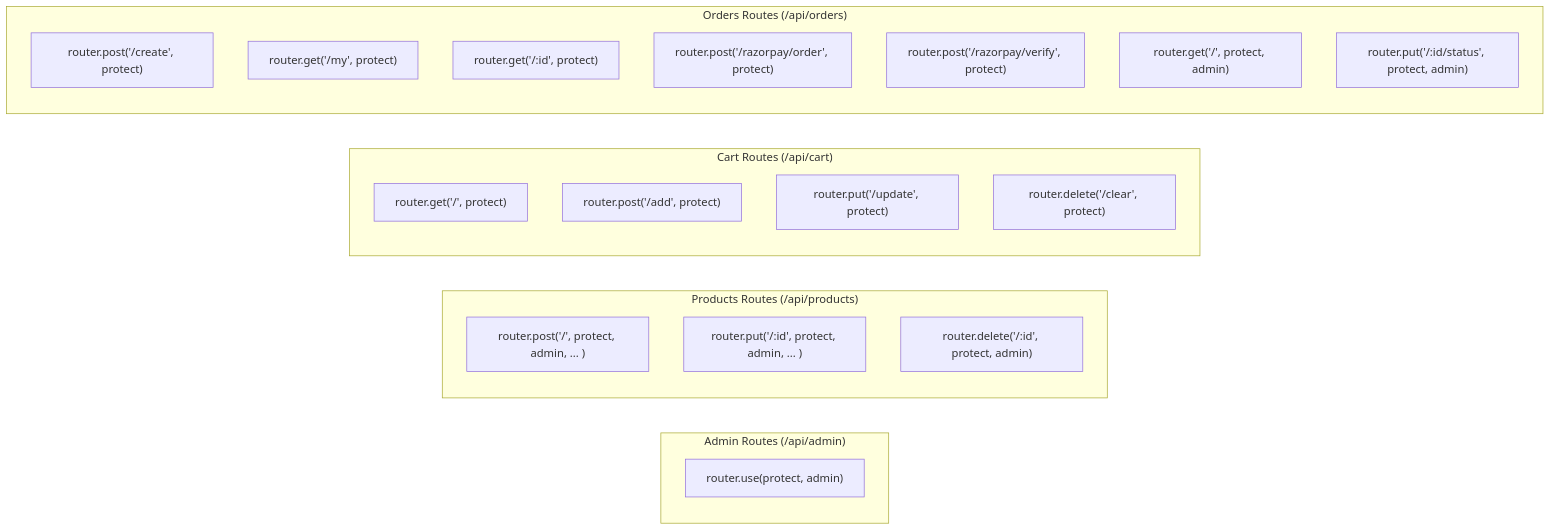
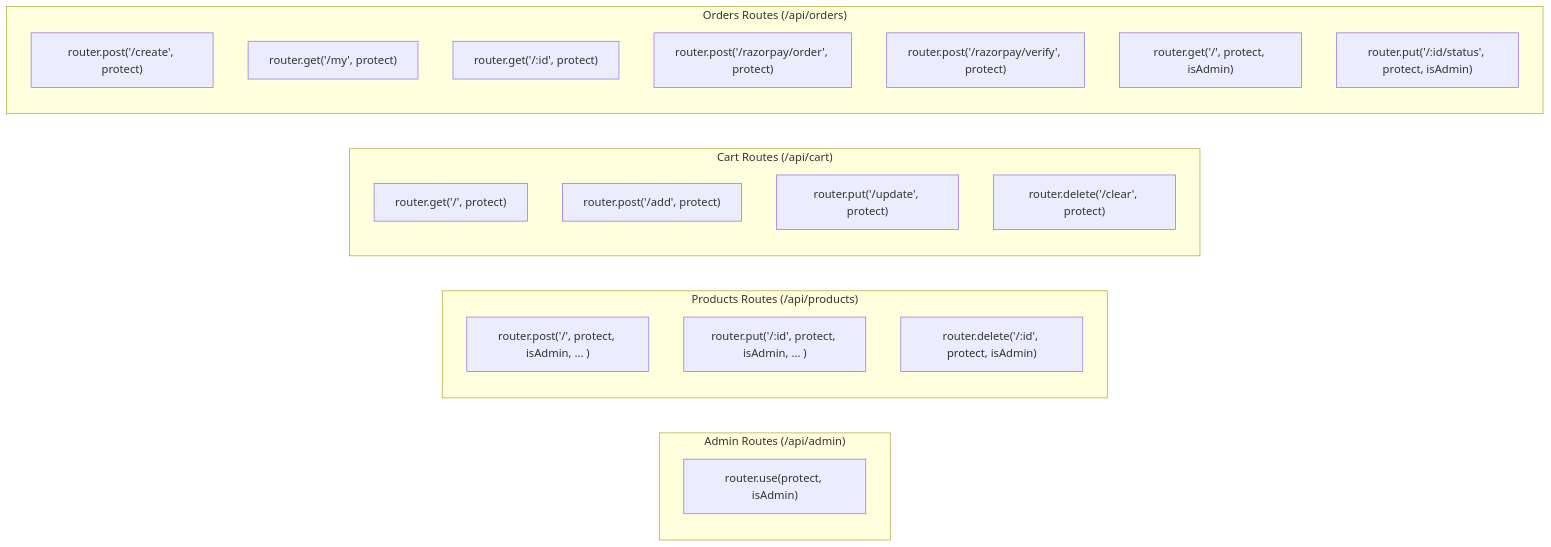
One commit to Pavan-PSPK9032/TrendsandToss changed the fifth of 6 diagrams in .qoder/repowiki/en/content/Authentication & Authorization/Authentication Middleware.md. Above: the diagram before and after it, drawn with Mermaid. The commit also changed other lines of this file and 9 other files, not shown here.

````diff
--- a/.qoder/repowiki/en/content/Authentication & Authorization/Authentication Middleware.md
+++ b/.qoder/repowiki/en/content/Authentication & Authorization/Authentication Middleware.md
@@ -204,26 +229,26 @@
 ```mermaid
 graph LR
 subgraph "Admin Routes (/api/admin)"
-A1["router.use(protect, admin)"]
+A1["router.use(protect, isAdmin)"]
 end
 subgraph "Products Routes (/api/products)"
-P1["router.post('/', protect, admin, ... )"]
-P2["router.put('/:id', protect, admin, ... )"]
-P3["router.delete('/:id', protect, admin)"]
+P1["router.post('/', protect, isAdmin, ... )"]
+P2["router.put('/:id', protect, isAdmin, ... )"]
+P3["router.delete('/:id', protect, isAdmin)"]
 end
 subgraph "Cart Routes (/api/cart)"
 C1["router.get('/', protect)"]
 C2["router.post('/add', protect)"]
 C3["router.put('/update', protect)"]
 C4["router.delete('/clear', protect)"]
 end
 subgraph "Orders Routes (/api/orders)"
 O1["router.post('/create', protect)"]
 O2["router.get('/my', protect)"]
 O3["router.get('/:id', protect)"]
 O4["router.post('/razorpay/order', protect)"]
 O5["router.post('/razorpay/verify', protect)"]
-O6["router.get('/', protect, admin)"]
-O7["router.put('/:id/status', protect, admin)"]
+O6["router.get('/', protect, isAdmin)"]
+O7["router.put('/:id/status', protect, isAdmin)"]
 end
 ```
````
